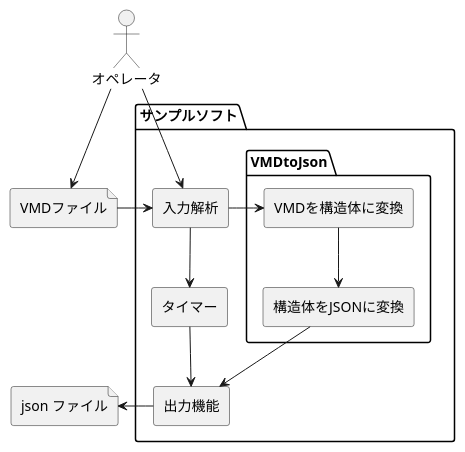
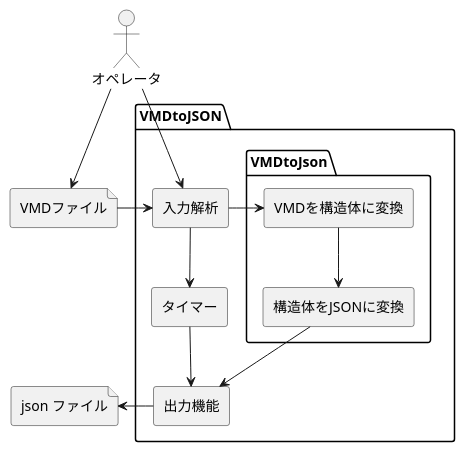
Before and after one commit to MaSiRoProjectOSS/VMDtoJSON: the diagram in README.md, drawn with PlantUML. The commit also changed other lines of this file, not shown here.

Commit message:
ドキュメント修正

````diff
--- a/README.md
+++ b/README.md
@@ -36,30 +36,30 @@
 ```puml
 @startuml
 actor "オペレータ" as AC
 file VMDファイル as VMDFile
 
-package サンプルソフト {
+package VMDtoJSON {
     rectangle ”入力解析” as input_function
     package VMDtoJson {
         rectangle "VMDを構造体に変換" as vmd_to_struct
         rectangle "構造体をJSONに変換" as struct_to_json
     }
     rectangle "出力機能" as output_function
     rectangle "タイマー" as timer
 }
 
 file "json ファイル" as json_file
 
 AC -down-> input_function
 AC -down-> VMDFile
 VMDFile -right-> input_function
 input_function -right-> vmd_to_struct
 vmd_to_struct --> struct_to_json
 struct_to_json --> output_function
 output_function -left-> json_file
 
 input_function --> timer
 timer --> output_function
 
 @enduml
 ```
````
